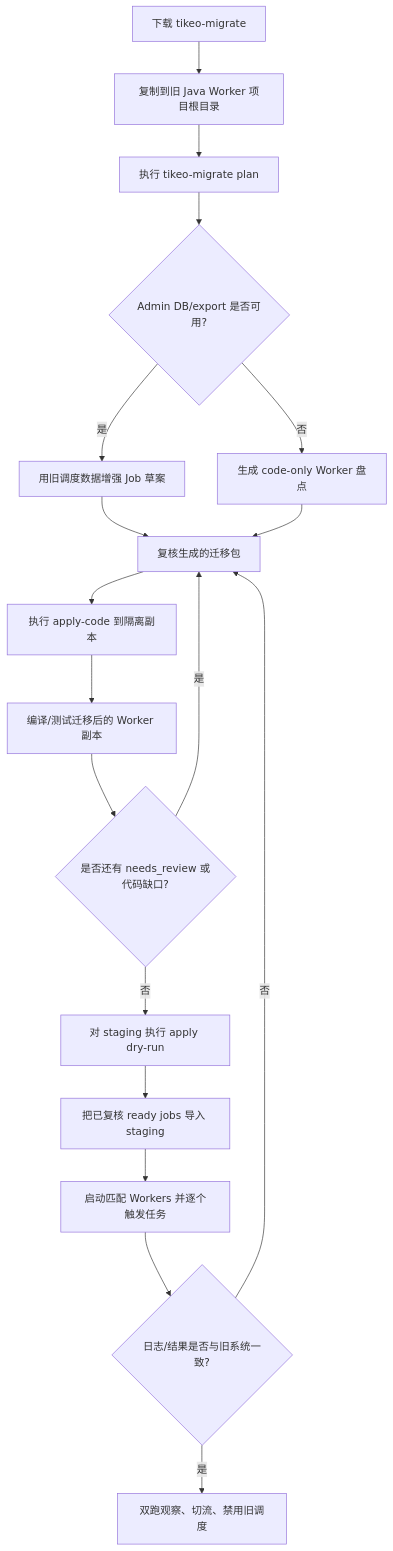
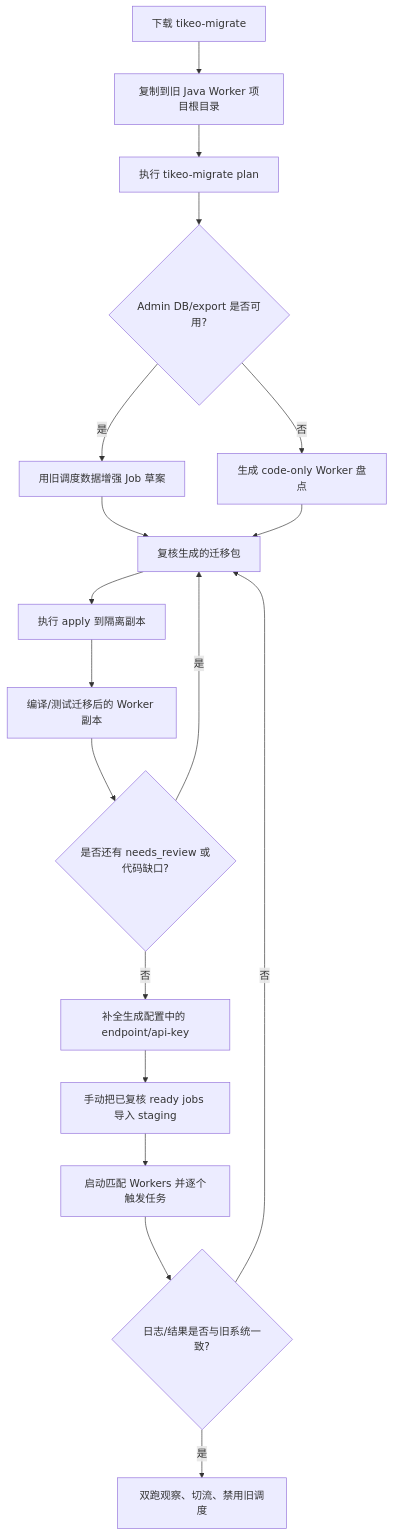
The diagram in README.zh-CN.md (yhyzgn/tikeo), drawn with Mermaid before and after one commit. The commit also changed other lines of this file and 22 other files, not shown here.

Commit message:
fix: simplify migration apply flow

````diff
--- a/README.zh-CN.md
+++ b/README.zh-CN.md
@@ -252,20 +252,20 @@
 ```mermaid
 flowchart TD
   A[下载 tikeo-migrate] --> B[复制到旧 Java Worker 项目根目录]
   B --> C[执行 tikeo-migrate plan]
   C --> D{Admin DB/export 是否可用?}
   D -- 是 --> E[用旧调度数据增强 Job 草案]
   D -- 否 --> F[生成 code-only Worker 盘点]
   E --> G[复核生成的迁移包]
   F --> G
-  G --> H[执行 apply-code 到隔离副本]
+  G --> H[执行 apply 到隔离副本]
   H --> I[编译/测试迁移后的 Worker 副本]
   I --> J{是否还有 needs_review 或代码缺口?}
   J -- 是 --> G
-  J -- 否 --> K[对 staging 执行 apply dry-run]
-  K --> L[把已复核 ready jobs 导入 staging]
+  J -- 否 --> K[补全生成配置中的 endpoint/api-key]
+  K --> L[手动把已复核 ready jobs 导入 staging]
   L --> M[启动匹配 Workers 并逐个触发任务]
   M --> N{日志/结果是否与旧系统一致?}
   N -- 否 --> G
   N -- 是 --> O[双跑观察、切流、禁用旧调度]
 ```
````
